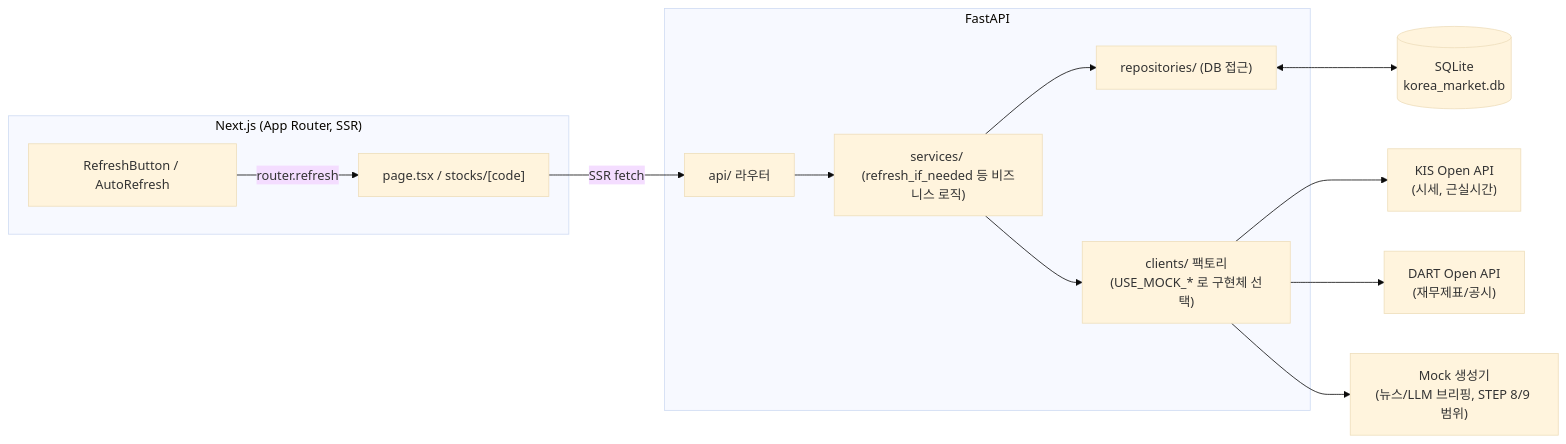
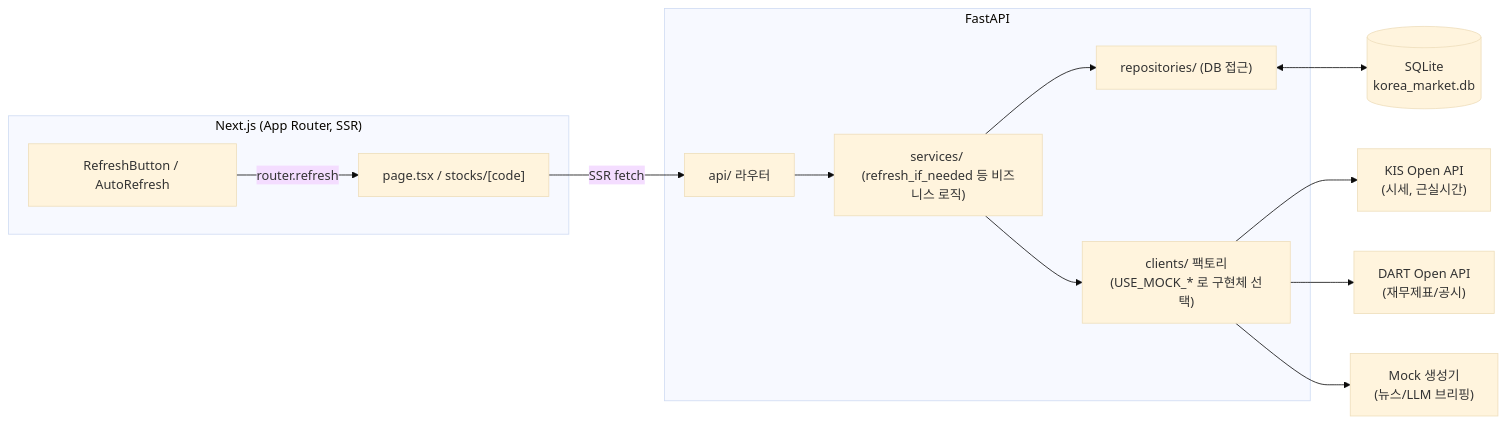
One commit to Minmingou/korea-market-intelligence changed the diagram in README.md. Above: the diagram before and after it, drawn with Mermaid (base theme). The commit also changed other lines of this file, not shown here.

````diff
--- a/README.md
+++ b/README.md
@@ -52,29 +24,29 @@
 ```mermaid
 flowchart LR
     subgraph Frontend["Next.js (App Router, SSR)"]
         Page["page.tsx / stocks/[code]"]
         RB["RefreshButton / AutoRefresh"]
     end
 
     subgraph Backend["FastAPI"]
         API["api/ 라우터"]
         Service["services/ (refresh_if_needed 등 비즈니스 로직)"]
         Repo["repositories/ (DB 접근)"]
         ClientFactory["clients/ 팩토리\n(USE_MOCK_* 로 구현체 선택)"]
     end
 
     DB[("SQLite\nkorea_market.db")]
     KIS["KIS Open API\n(시세, 근실시간)"]
     DART["DART Open API\n(재무제표/공시)"]
-    MockSrc["Mock 생성기\n(뉴스/LLM 브리핑, STEP 8/9 범위)"]
+    MockSrc["Mock 생성기\n(뉴스/LLM 브리핑)"]
 
     Page -->|SSR fetch| API
     RB -->|router.refresh| Page
     API --> Service
     Service --> Repo
     Repo <--> DB
     Service --> ClientFactory
     ClientFactory --> KIS
     ClientFactory --> DART
     ClientFactory --> MockSrc
 ```
````
